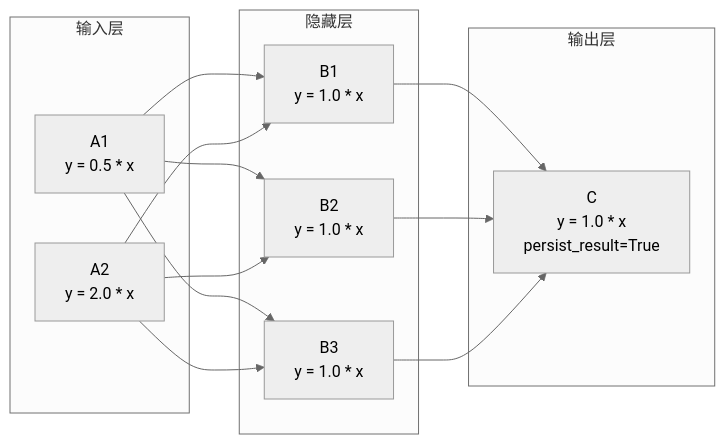
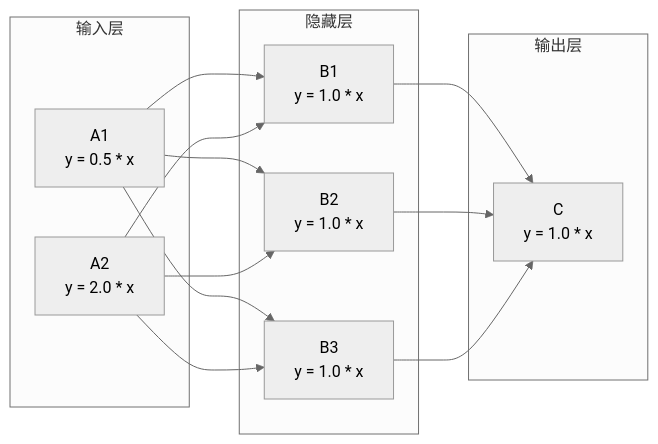
The diagram in docs/zh-CN/demo/demo_network.md (Mr-xiaotian/CelestialFlow), drawn with Mermaid (neutral theme) before and after one commit. The commit also changed other lines of this file and 71 other files, not shown here.

````diff
--- a/docs/zh-CN/demo/demo_network.md
+++ b/docs/zh-CN/demo/demo_network.md
@@ -19,25 +19,25 @@
 ```mermaid
 flowchart LR
     subgraph Input["输入层"]
         A1["A1<br/>y = 0.5 * x"]
         A2["A2<br/>y = 2.0 * x"]
     end
     subgraph Hidden["隐藏层"]
         B1["B1<br/>y = 1.0 * x"]
         B2["B2<br/>y = 1.0 * x"]
         B3["B3<br/>y = 1.0 * x"]
     end
     subgraph Output["输出层"]
-        C["C<br/>y = 1.0 * x<br/>persist_result=True"]
+        C["C<br/>y = 1.0 * x"]
     end
 
     A1 --> B1
     A1 --> B2
     A1 --> B3
     A2 --> B1
     A2 --> B2
     A2 --> B3
     B1 --> C
     B2 --> C
     B3 --> C
 ```
````
